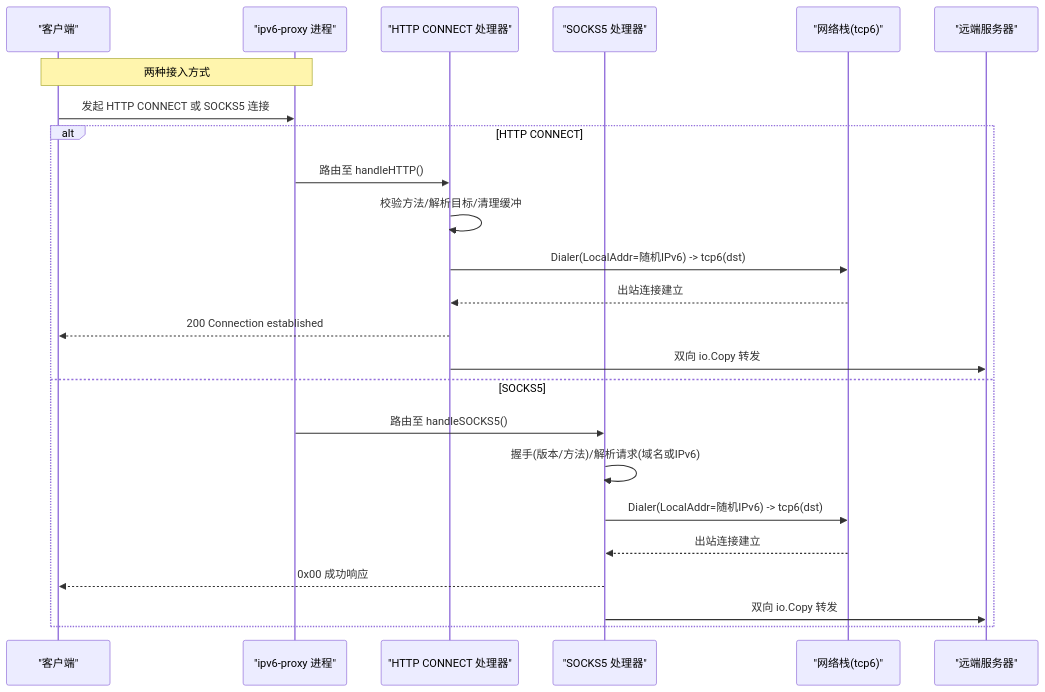
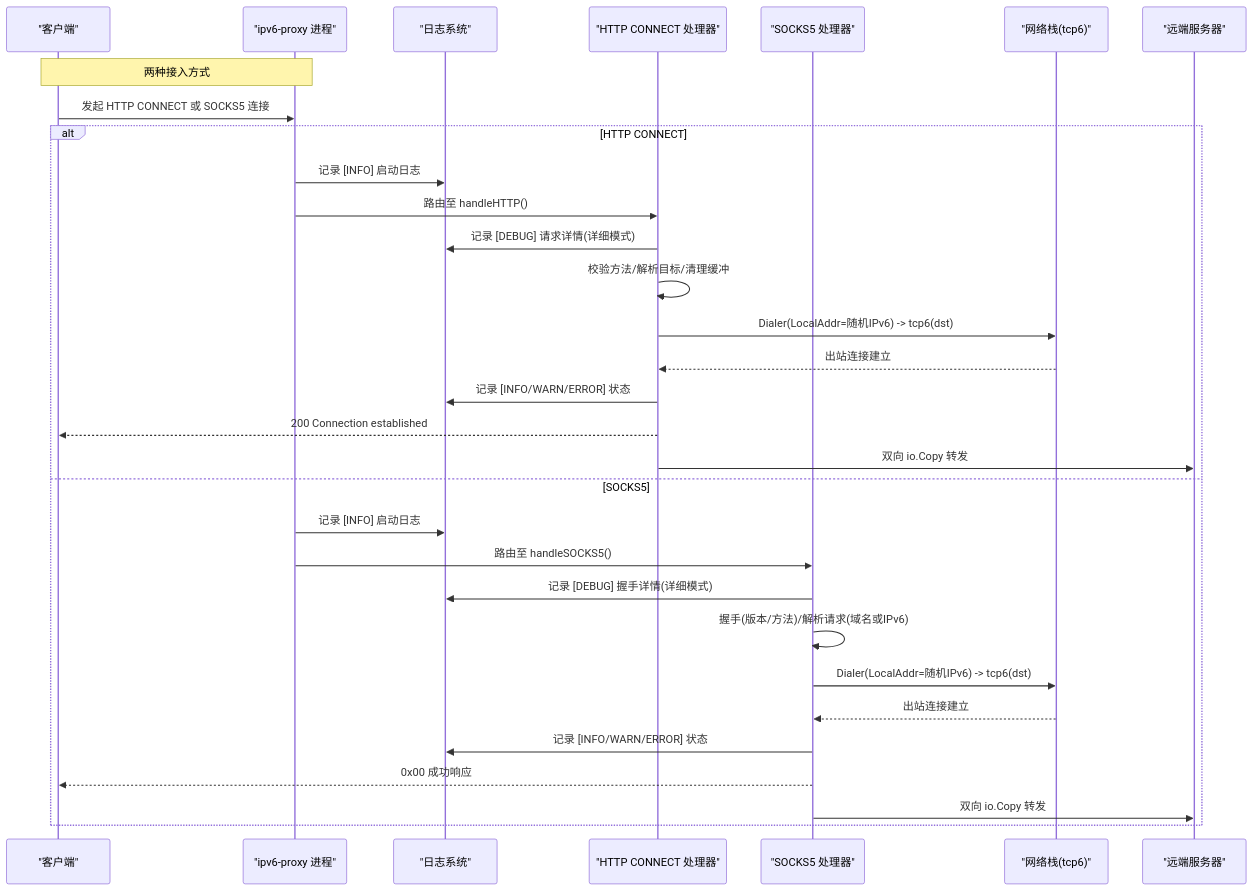
Before and after one commit to chuwang9964/ipv6-proxy-pool: the second of 4 diagrams in .qoder/repowiki/zh/content/项目概述.md, drawn with Mermaid. The commit also changed other lines of this file and 22 other files, not shown here.

````diff
--- a/.qoder/repowiki/zh/content/项目概述.md
+++ b/.qoder/repowiki/zh/content/项目概述.md
@@ -89,26 +115,33 @@
 ```mermaid
 sequenceDiagram
 participant Client as "客户端"
 participant Proxy as "ipv6-proxy 进程"
+participant Logger as "日志系统"
 participant HTTP as "HTTP CONNECT 处理器"
 participant Socks as "SOCKS5 处理器"
 participant Net as "网络栈(tcp6)"
 participant Remote as "远端服务器"
 Note over Client,Proxy : 两种接入方式
 Client->>Proxy : 发起 HTTP CONNECT 或 SOCKS5 连接
 alt HTTP CONNECT
+Proxy->>Logger : 记录 [INFO] 启动日志
 Proxy->>HTTP : 路由至 handleHTTP()
+HTTP->>Logger : 记录 [DEBUG] 请求详情(详细模式)
 HTTP->>HTTP : 校验方法/解析目标/清理缓冲
 HTTP->>Net : Dialer(LocalAddr=随机IPv6) -> tcp6(dst)
 Net-->>HTTP : 出站连接建立
+HTTP->>Logger : 记录 [INFO/WARN/ERROR] 状态
 HTTP-->>Client : 200 Connection established
 HTTP->>Remote : 双向 io.Copy 转发
 else SOCKS5
+Proxy->>Logger : 记录 [INFO] 启动日志
 Proxy->>Socks : 路由至 handleSOCKS5()
+Socks->>Logger : 记录 [DEBUG] 握手详情(详细模式)
 Socks->>Socks : 握手(版本/方法)/解析请求(域名或IPv6)
 Socks->>Net : Dialer(LocalAddr=随机IPv6) -> tcp6(dst)
 Net-->>Socks : 出站连接建立
+Socks->>Logger : 记录 [INFO/WARN/ERROR] 状态
 Socks-->>Client : 0x00 成功响应
 Socks->>Remote : 双向 io.Copy 转发
 end
 ```
````
